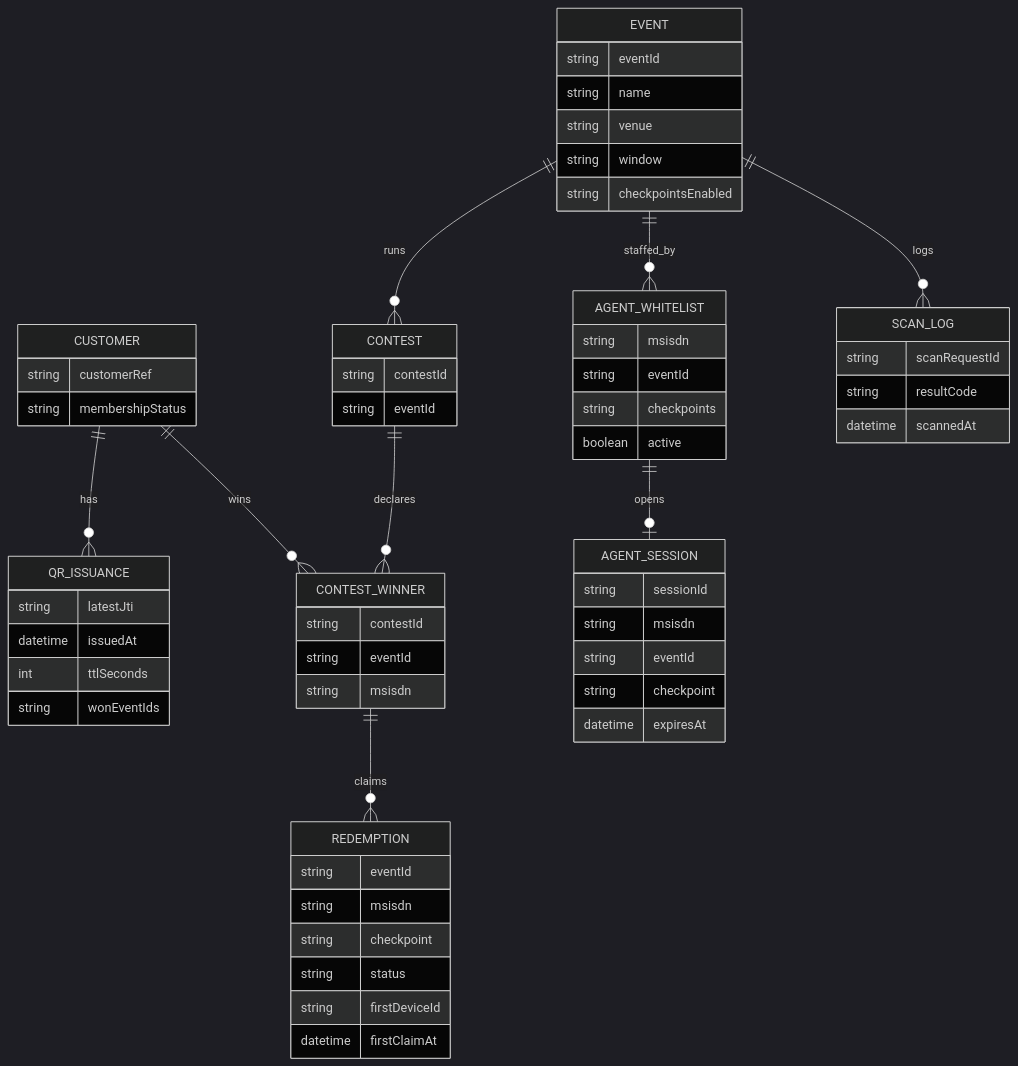
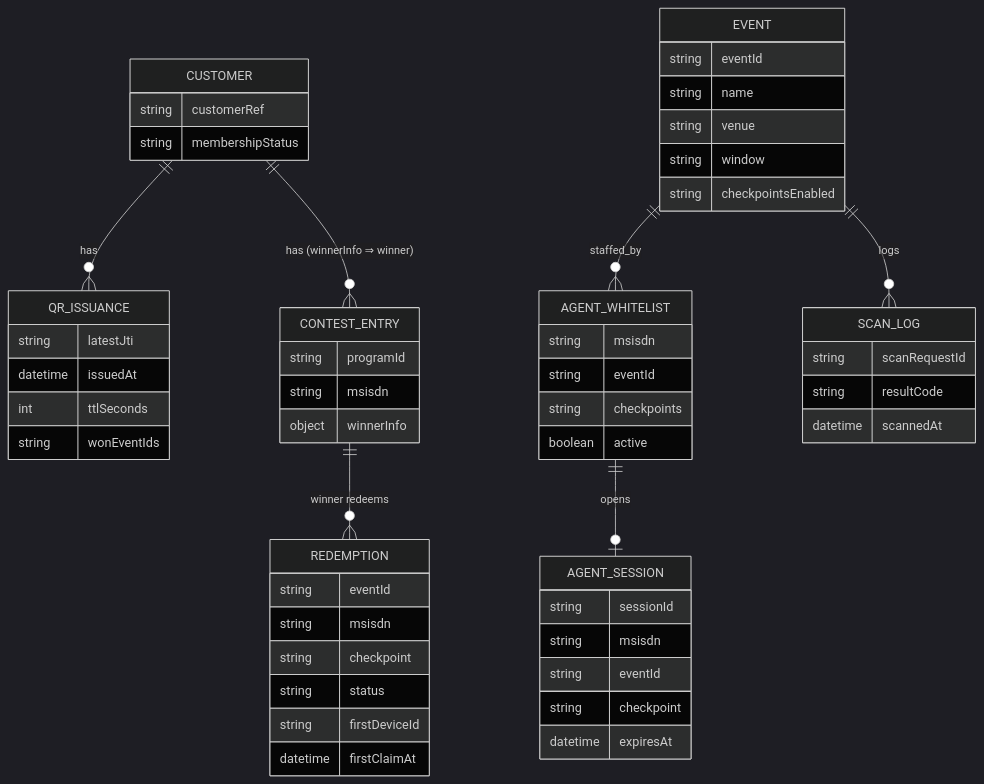
Before and after one commit to Amitpawar503/lazzy: the sixth of 15 diagrams in docs/digital-membership/03-hld.md, drawn with Mermaid (dark theme). The commit also changed other lines of this file, not shown here.

````diff
--- a/docs/digital-membership/03-hld.md
+++ b/docs/digital-membership/03-hld.md
@@ -249,64 +249,58 @@
 ```mermaid
 erDiagram
   CUSTOMER ||--o{ QR_ISSUANCE : has
-  EVENT ||--o{ CONTEST : runs
-  CONTEST ||--o{ CONTEST_WINNER : declares
-  CUSTOMER ||--o{ CONTEST_WINNER : wins
-  CONTEST_WINNER ||--o{ REDEMPTION : claims
+  CUSTOMER ||--o{ CONTEST_ENTRY : "has (winnerInfo ⇒ winner)"
+  CONTEST_ENTRY ||--o{ REDEMPTION : "winner redeems"
   EVENT ||--o{ AGENT_WHITELIST : staffed_by
   AGENT_WHITELIST ||--o| AGENT_SESSION : opens
   EVENT ||--o{ SCAN_LOG : logs
 
   CUSTOMER {
     string customerRef
     string membershipStatus
   }
   QR_ISSUANCE {
     string latestJti
     datetime issuedAt
     int ttlSeconds
     string wonEventIds
   }
   EVENT {
     string eventId
     string name
     string venue
     string window
     string checkpointsEnabled
   }
-  CONTEST {
-    string contestId
-    string eventId
-  }
-  CONTEST_WINNER {
-    string contestId
-    string eventId
+  CONTEST_ENTRY {
+    string programId
     string msisdn
+    object winnerInfo
   }
   REDEMPTION {
     string eventId
     string msisdn
     string checkpoint
     string status
     string firstDeviceId
     datetime firstClaimAt
   }
   AGENT_WHITELIST {
     string msisdn
     string eventId
     string checkpoints
     boolean active
   }
   AGENT_SESSION {
     string sessionId
     string msisdn
     string eventId
     string checkpoint
     datetime expiresAt
   }
   SCAN_LOG {
     string scanRequestId
     string resultCode
     datetime scannedAt
   }
 ```
````
